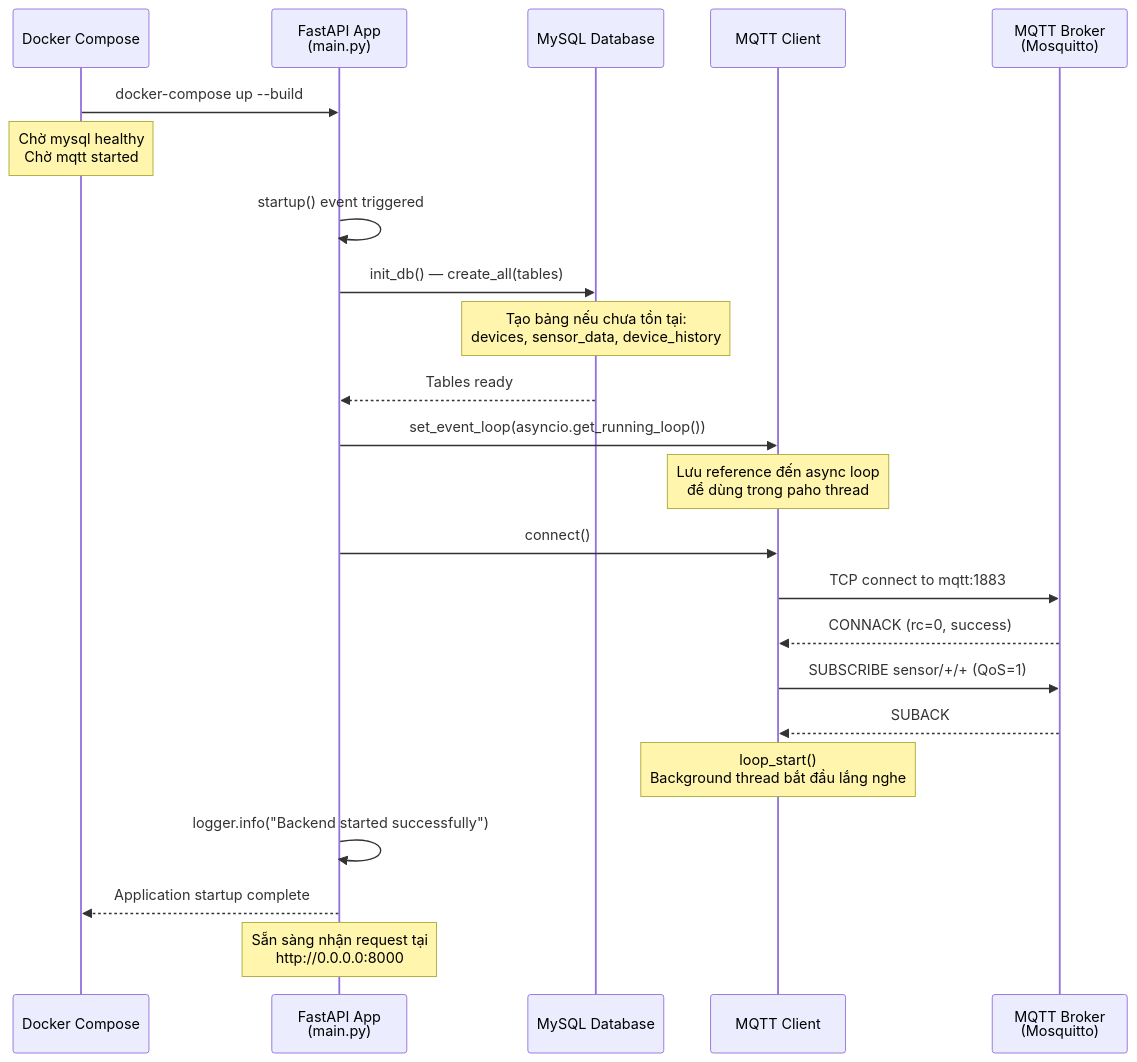
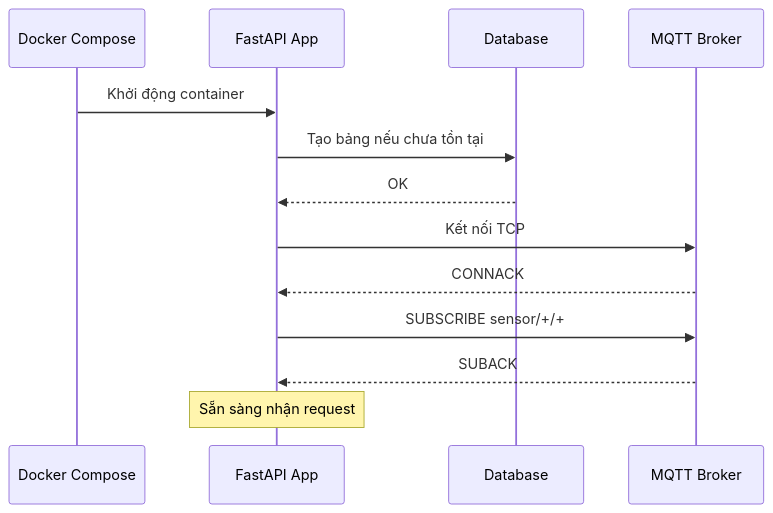
The sixth of 7 diagrams in docs/sequence-diagrams.md (sson6926/BTL-HeTHongNhung), drawn with Mermaid before and after one commit. The commit also changed other lines of this file and 9 other files, not shown here.

````diff
--- a/docs/sequence-diagrams.md
+++ b/docs/sequence-diagrams.md
@@ -213,34 +132,16 @@
 ```mermaid
 sequenceDiagram
     participant Docker as Docker Compose
-    participant App as FastAPI App<br/>(main.py)
-    participant DB as MySQL Database
-    participant MQTT as MQTT Client
-    participant Broker as MQTT Broker<br/>(Mosquitto)
+    participant App as FastAPI App
+    participant DB as Database
+    participant Broker as MQTT Broker
 
-    Docker->>App: docker-compose up --build
-    Note over Docker: Chờ mysql healthy<br/>Chờ mqtt started
-
-    App->>App: startup() event triggered
-
-    App->>DB: init_db() — create_all(tables)
-    Note over DB: Tạo bảng nếu chưa tồn tại:<br/>devices, sensor_data, device_history
-    DB-->>App: Tables ready
-
-    App->>MQTT: set_event_loop(asyncio.get_running_loop())
-    Note over MQTT: Lưu reference đến async loop<br/>để dùng trong paho thread
-
-    App->>MQTT: connect()
-    MQTT->>Broker: TCP connect to mqtt:1883
-    Broker-->>MQTT: CONNACK (rc=0, success)
-
-    MQTT->>Broker: SUBSCRIBE sensor/+/+ (QoS=1)
-    Broker-->>MQTT: SUBACK
-
-    Note over MQTT: loop_start()<br/>Background thread bắt đầu lắng nghe
-
-    App->>App: logger.info("Backend started successfully")
-    App-->>Docker: Application startup complete
-
-    Note over App: Sẵn sàng nhận request tại<br/>http://0.0.0.0:8000
+    Docker->>App: Khởi động container
+    App->>DB: Tạo bảng nếu chưa tồn tại
+    DB-->>App: OK
+    App->>Broker: Kết nối TCP
+    Broker-->>App: CONNACK
+    App->>Broker: SUBSCRIBE sensor/+/+
+    Broker-->>App: SUBACK
+    Note over App: Sẵn sàng nhận request
 ```
````
